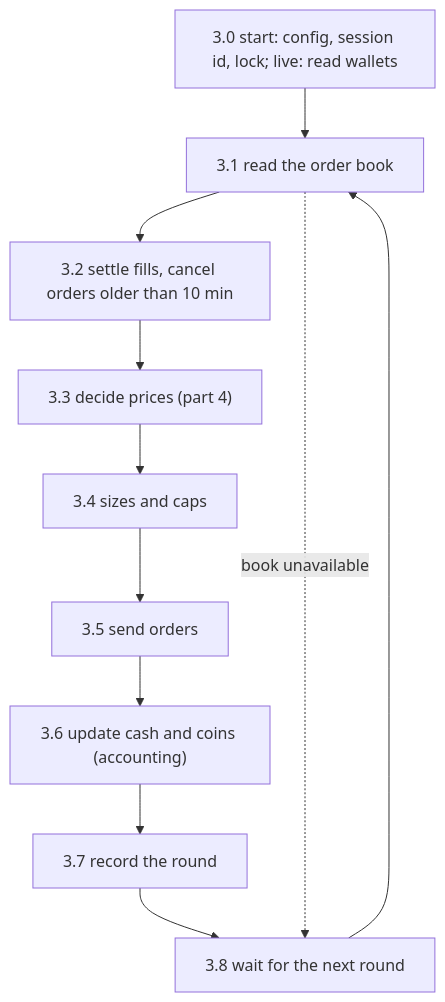
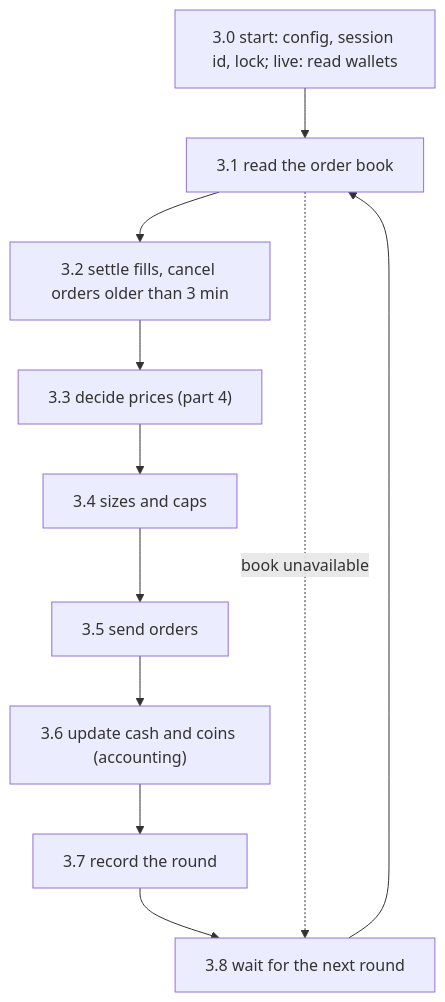
The second of 3 diagrams in docs/guide/MARKET_MAKER_EXPLAINED.md (Alireza77n/Limit-Order-Book), drawn with Mermaid before and after one commit. The commit also changed other lines of this file and 1 other file, not shown here.

````diff
--- a/docs/guide/MARKET_MAKER_EXPLAINED.md
+++ b/docs/guide/MARKET_MAKER_EXPLAINED.md
@@ -193,13 +193,13 @@
 ```mermaid
 flowchart TD
   S["3.0 start: config, session id, lock; live: read wallets"] --> A
-  A["3.1 read the order book"] --> B["3.2 settle fills, cancel orders older than 10 min"]
+  A["3.1 read the order book"] --> B["3.2 settle fills, cancel orders older than 3 min"]
   B --> C["3.3 decide prices (part 4)"]
   C --> D["3.4 sizes and caps"]
   D --> E["3.5 send orders"]
   E --> F["3.6 update cash and coins (accounting)"]
   F --> G["3.7 record the round"]
   G --> H["3.8 wait for the next round"]
   H --> A
   A -. "book unavailable" .-> H
 ```
````
